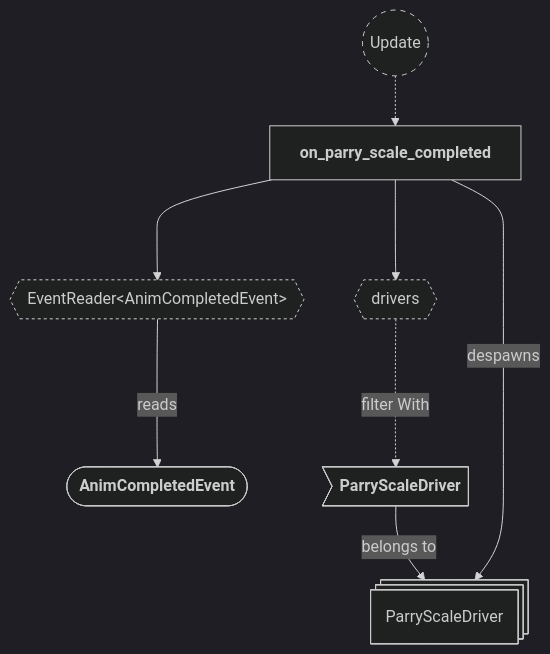
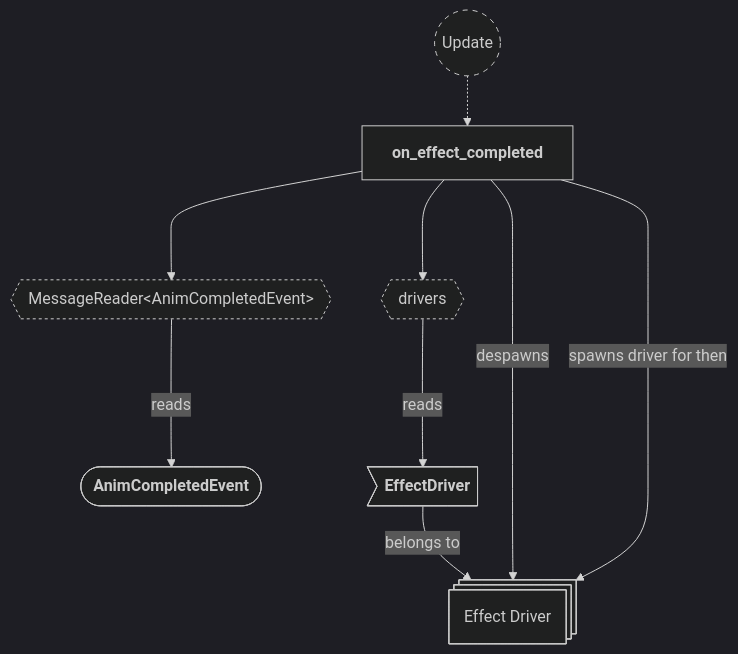
One commit to neurosoup/tyled changed diagram 28 of 30 in backlog/docs/doc-10 - 008-Effects-plugin.md. Above: the diagram before and after it, drawn with Mermaid. The commit also changed other lines of this file and 4 other files, not shown here.

First line of the commit message:
Refactor: run damage flash and parry punch through effect drivers and a resolver

````diff
--- a/backlog/docs/doc-10 - 008-Effects-plugin.md
+++ b/backlog/docs/doc-10 - 008-Effects-plugin.md
@@ -1162,31 +1218,32 @@
 ```mermaid
 ---
 config:
   theme: dark
 ---
 
 flowchart TD
 classDef system-group stroke-dasharray: 5 5
 classDef reader stroke-dasharray: 3 3
 classDef query stroke-dasharray: 3 3
 
 update(("`Update`")):::system-group
-on_parry_scale_completed["`**on_parry_scale_completed**`"]
+on_effect_completed["`**on_effect_completed**`"]
 
-update -.-> on_parry_scale_completed
+update -.-> on_effect_completed
 
-event_reader{{"EventReader#60;AnimCompletedEvent#62;"}}:::reader
-on_parry_scale_completed ---> event_reader
+event_reader{{"MessageReader#60;AnimCompletedEvent#62;"}}:::reader
+on_effect_completed ---> event_reader
 
 anim_completed_event(["`**AnimCompletedEvent**`"])
 event_reader ---> |reads| anim_completed_event
 
 driver_query{{"`drivers`"}}:::query
-on_parry_scale_completed ---> driver_query
+on_effect_completed ---> driver_query
 
-driver_entity@{ shape: st-rect, label: "ParryScaleDriver" }
-de_driver>"`**ParryScaleDriver**`"] --> |belongs to| driver_entity
-driver_query -..-> |filter With| de_driver
+driver_entity@{ shape: st-rect, label: "Effect Driver" }
+de_driver>"`**EffectDriver**`"] --> |belongs to| driver_entity
+driver_query ---> |reads| de_driver
 
-on_parry_scale_completed ---> |despawns| driver_entity
+on_effect_completed ---> |despawns| driver_entity
+on_effect_completed ---> |spawns driver for then| driver_entity
 ```
````
